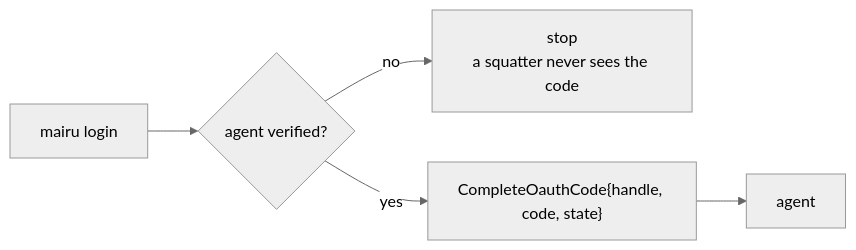
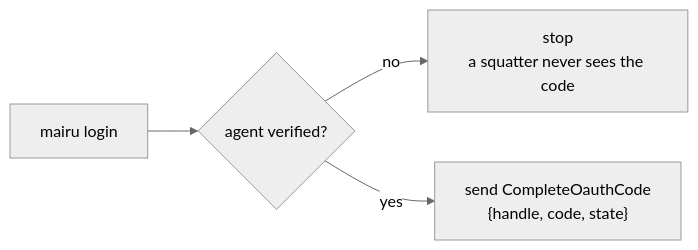
One commit to sorah/mairu changed the fourth of 4 diagrams in docs/specs/004-peer-verification.md. Above: the diagram before and after it, drawn with Mermaid (neutral theme). The commit also changed other lines of this file and 17 other files, not shown here.

First line of the commit message:
docs/specs: rework diagrams and helper locations

````diff
--- a/docs/specs/004-peer-verification.md
+++ b/docs/specs/004-peer-verification.md
@@ -351,6 +349,6 @@
 ```mermaid
 flowchart LR
   L["mairu login"] --> V{"agent verified?"}
   V -- "no" --> S["stop<br/>a squatter never sees the code"]
-  V -- "yes" --> C["CompleteOauthCode{handle, code, state}"] --> A["agent"]
+  V -- "yes" --> C["send CompleteOauthCode<br/>{handle, code, state}"]
 ```
````
